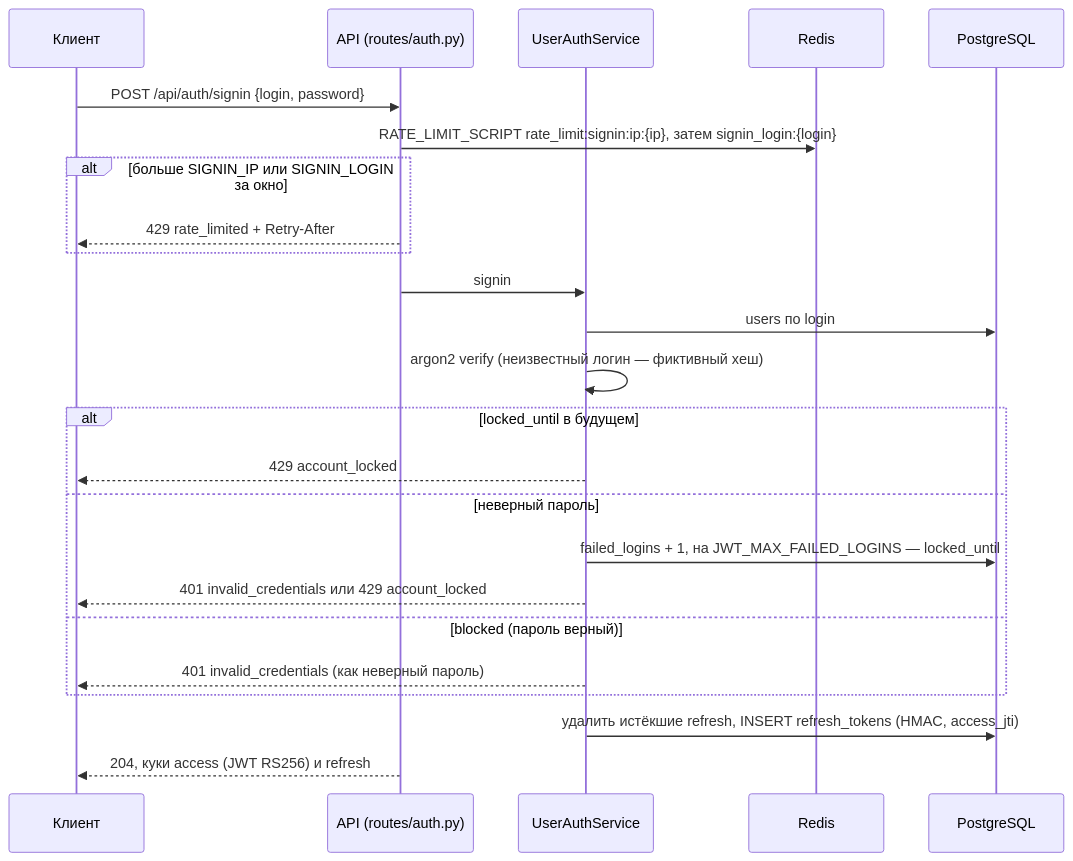
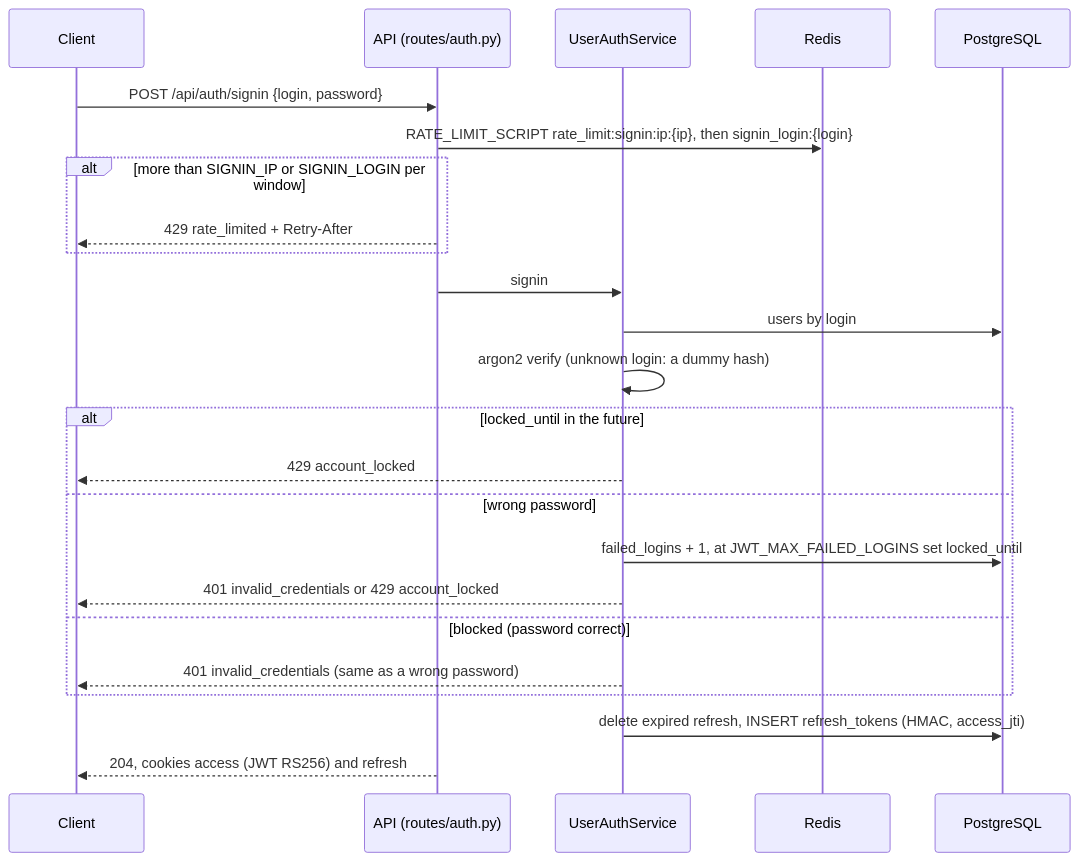
Before and after one commit to NikitkaZXC/tcloud-backend: the first of 3 diagrams in docs/flows/users.md, drawn with Mermaid. The commit also changed other lines of this file and 20 other files, not shown here.

````diff
--- a/docs/flows/users.md
+++ b/docs/flows/users.md
@@ -45,26 +45,26 @@
 ```mermaid
 sequenceDiagram
-    participant C as Клиент
+    participant C as Client
     participant A as API (routes/auth.py)
     participant U as UserAuthService
     participant R as Redis
     participant DB as PostgreSQL
     C->>A: POST /api/auth/signin {login, password}
-    A->>R: RATE_LIMIT_SCRIPT rate_limit:signin:ip:{ip}, затем signin_login:{login}
-    alt больше SIGNIN_IP или SIGNIN_LOGIN за окно
+    A->>R: RATE_LIMIT_SCRIPT rate_limit:signin:ip:{ip}, then signin_login:{login}
+    alt more than SIGNIN_IP or SIGNIN_LOGIN per window
         A-->>C: 429 rate_limited + Retry-After
     end
     A->>U: signin
-    U->>DB: users по login
-    U->>U: argon2 verify (неизвестный логин — фиктивный хеш)
-    alt locked_until в будущем
+    U->>DB: users by login
+    U->>U: argon2 verify (unknown login: a dummy hash)
+    alt locked_until in the future
         U-->>C: 429 account_locked
-    else неверный пароль
-        U->>DB: failed_logins + 1, на JWT_MAX_FAILED_LOGINS — locked_until
-        U-->>C: 401 invalid_credentials или 429 account_locked
-    else blocked (пароль верный)
-        U-->>C: 401 invalid_credentials (как неверный пароль)
+    else wrong password
+        U->>DB: failed_logins + 1, at JWT_MAX_FAILED_LOGINS set locked_until
+        U-->>C: 401 invalid_credentials or 429 account_locked
+    else blocked (password correct)
+        U-->>C: 401 invalid_credentials (same as a wrong password)
     end
-    U->>DB: удалить истёкшие refresh, INSERT refresh_tokens (HMAC, access_jti)
-    A-->>C: 204, куки access (JWT RS256) и refresh
+    U->>DB: delete expired refresh, INSERT refresh_tokens (HMAC, access_jti)
+    A-->>C: 204, cookies access (JWT RS256) and refresh
 ```
````
